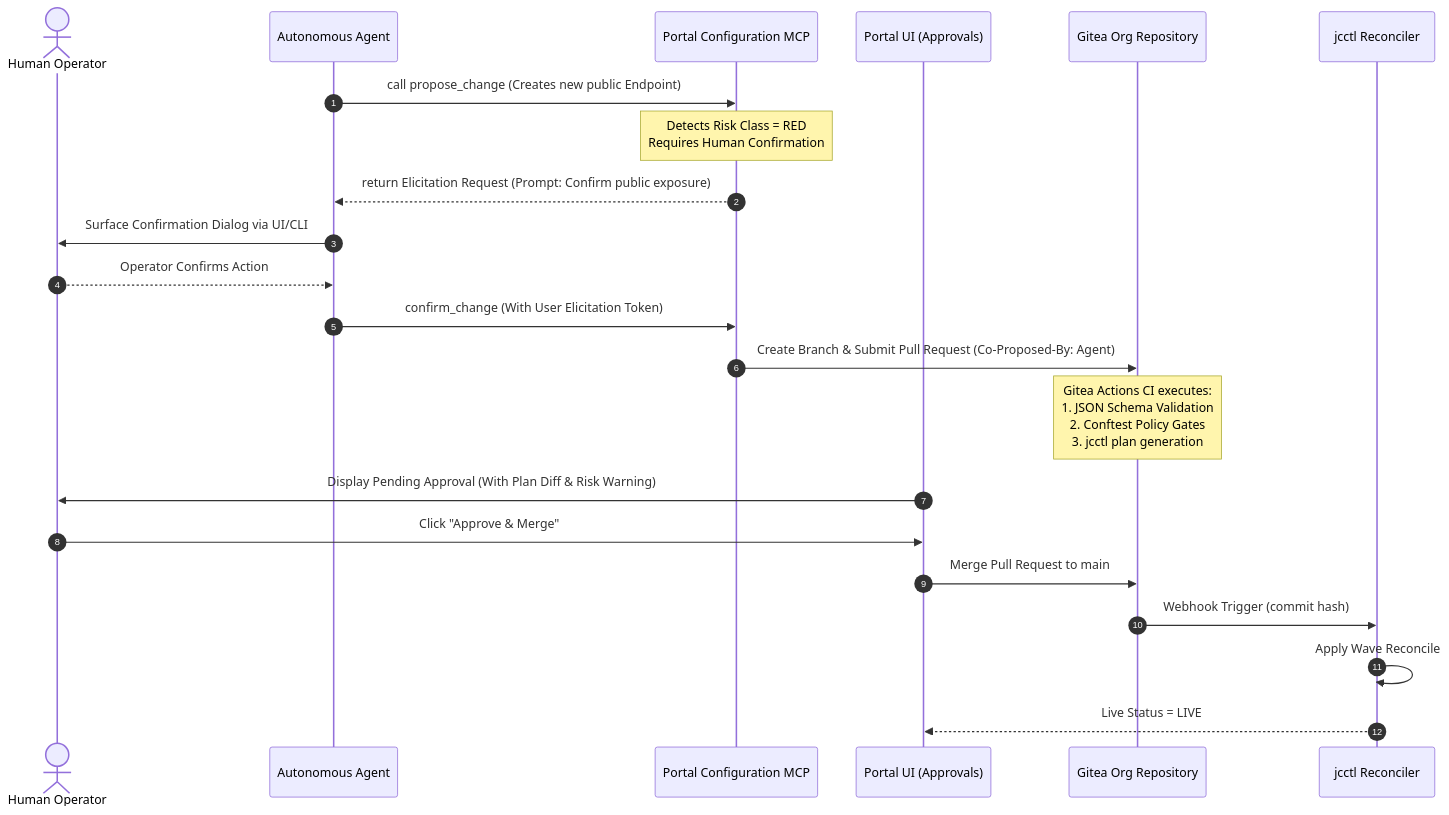
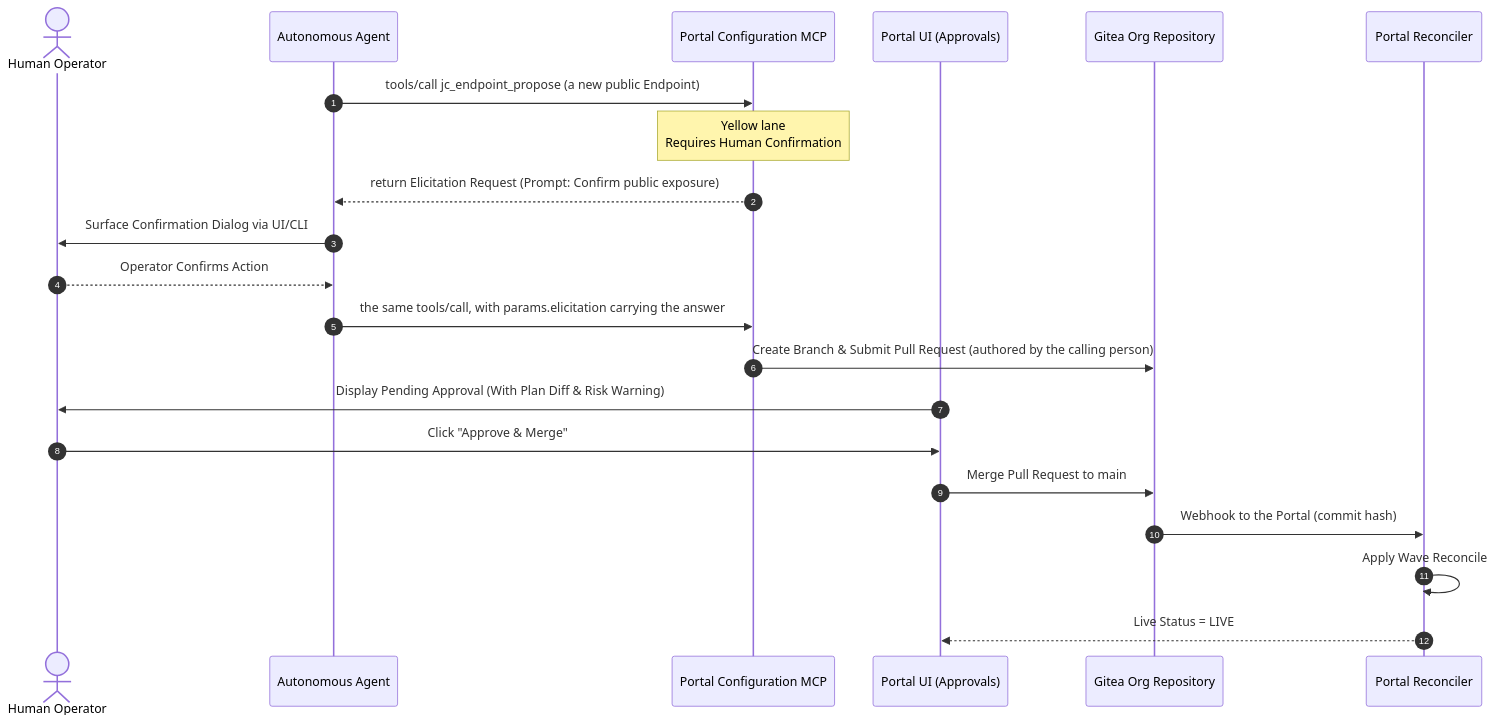
Before and after one commit to marek-mraz-jc/joinedcontext-docs: the diagram in Architecture/07-agents-and-mcp.md, drawn with Mermaid. The commit also changed other lines of this file and 5 other files, not shown here.

First line of the commit message:
T-2156 T-2159 T-2160 T-2161 T-2162: Architecture 04, 07, 08, 09, 10 read against the code: what the gateway, Portal, reconciler and charts do today, and what is specified but not built

````diff
--- a/Architecture/07-agents-and-mcp.md
+++ b/Architecture/07-agents-and-mcp.md
@@ -271,29 +272,27 @@
 ```mermaid
 sequenceDiagram
     autonumber
     actor User as Human Operator
     participant Agent as Autonomous Agent
     participant MCP as Portal Configuration MCP
     participant Portal as Portal UI (Approvals)
     participant Gitea as Gitea Org Repository
-    participant CTL as jcctl Reconciler
+    participant CTL as Portal Reconciler
 
-    Agent->>MCP: call propose_change (Creates new public Endpoint)
-    Note over MCP: Detects Risk Class = RED<br/>Requires Human Confirmation
+    Agent->>MCP: tools/call jc_endpoint_propose (a new public Endpoint)
+    Note over MCP: Yellow lane<br/>Requires Human Confirmation
 
     MCP-->>Agent: return Elicitation Request (Prompt: Confirm public exposure)
     Agent->>User: Surface Confirmation Dialog via UI/CLI
     User-->>Agent: Operator Confirms Action
 
-    Agent->>MCP: confirm_change (With User Elicitation Token)
-    MCP->>Gitea: Create Branch & Submit Pull Request (Co-Proposed-By: Agent)
-    
-    Note over Gitea: Gitea Actions CI executes:<br/>1. JSON Schema Validation<br/>2. Conftest Policy Gates<br/>3. jcctl plan generation
+    Agent->>MCP: the same tools/call, with params.elicitation carrying the answer
+    MCP->>Gitea: Create Branch & Submit Pull Request (authored by the calling person)
 
     Portal->>User: Display Pending Approval (With Plan Diff & Risk Warning)
     User->>Portal: Click "Approve & Merge"
     Portal->>Gitea: Merge Pull Request to main
-    Gitea->>CTL: Webhook Trigger (commit hash)
+    Gitea->>CTL: Webhook to the Portal (commit hash)
     CTL->>CTL: Apply Wave Reconcile
     CTL-->>Portal: Live Status = LIVE
 ```
````
